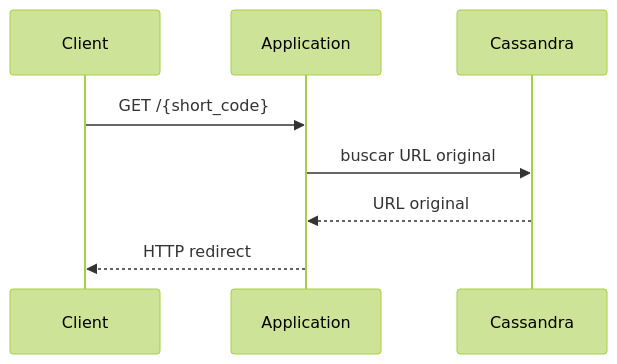
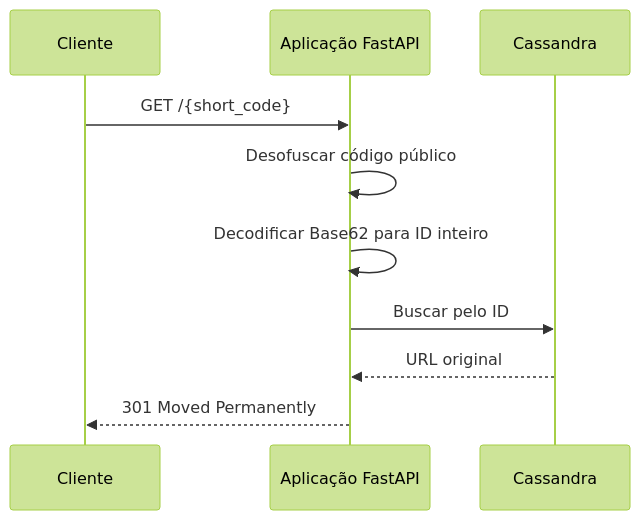
The third of 3 diagrams in docs/pt-BR/architecture.md (juniocr26/url-shortener), drawn with Mermaid (forest theme) before and after one commit. The commit also changed other lines of this file and 31 other files, not shown here.

Commit message:
feat: complete URL shortening flow with Redis and Cassandra

````diff
--- a/docs/pt-BR/architecture.md
+++ b/docs/pt-BR/architecture.md
@@ -90,11 +79,13 @@
 ```mermaid
 sequenceDiagram
-    participant Client
-    participant App as Application
+    participant Cliente
+    participant App as Aplicação FastAPI
     participant Cassandra
 
-    Client->>App: GET /{short_code}
-    App->>Cassandra: buscar URL original
+    Cliente->>App: GET /{short_code}
+    App->>App: Desofuscar código público
+    App->>App: Decodificar Base62 para ID inteiro
+    App->>Cassandra: Buscar pelo ID
     Cassandra-->>App: URL original
-    App-->>Client: HTTP redirect
+    App-->>Cliente: 301 Moved Permanently
 ```
````
